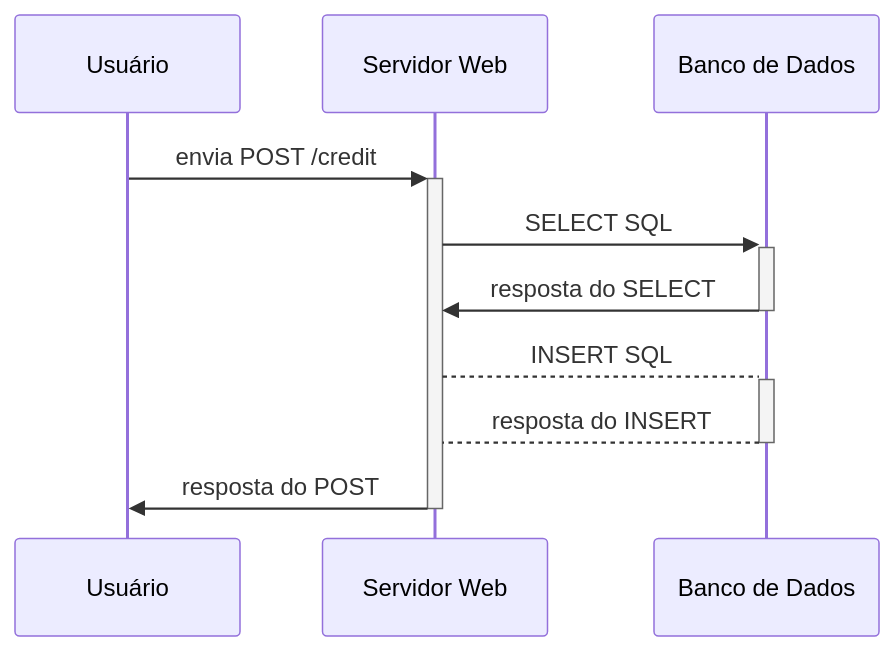
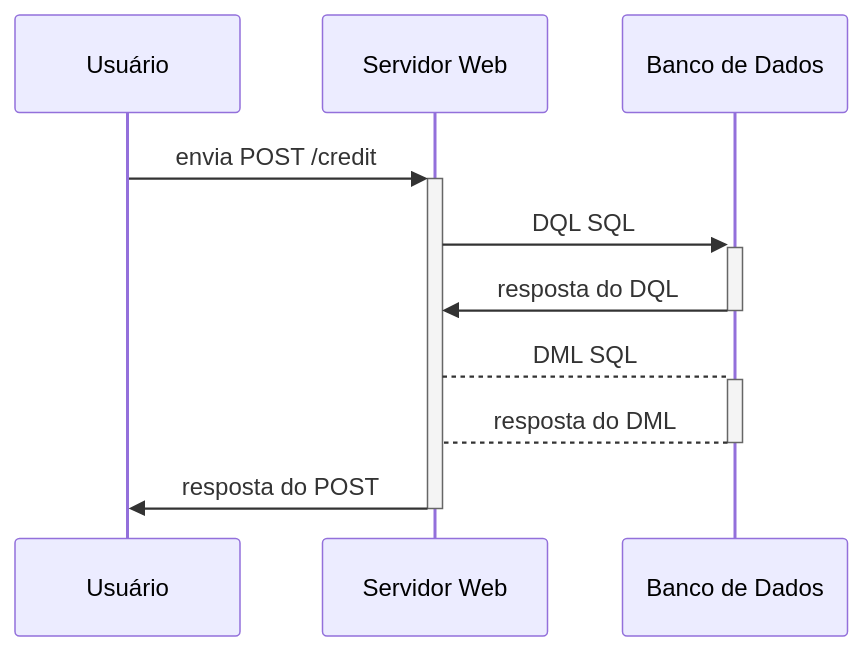
The second of 5 diagrams in v2/README.md (feira-de-jogos/feira-de-jogos), drawn with Mermaid before and after one commit. The commit also changed other lines of this file, not shown here.

Commit message:
Documentar processo de débito no servidor

````diff
--- a/v2/README.md
+++ b/v2/README.md
@@ -50,9 +50,9 @@
 ```mermaid
 sequenceDiagram
   Usuário ->>+ Servidor Web: envia POST /credit
-  Servidor Web ->>+ Banco de Dados: SELECT SQL
-  Banco de Dados ->>- Servidor Web: resposta do SELECT
-  Servidor Web -->+ Banco de Dados: INSERT SQL
-  Banco de Dados -->- Servidor Web: resposta do INSERT
+  Servidor Web ->>+ Banco de Dados: DQL SQL
+  Banco de Dados ->>- Servidor Web: resposta do DQL
+  Servidor Web -->+ Banco de Dados: DML SQL
+  Banco de Dados -->- Servidor Web: resposta do DML
   Servidor Web ->>- Usuário: resposta do POST
 ``` 
````
